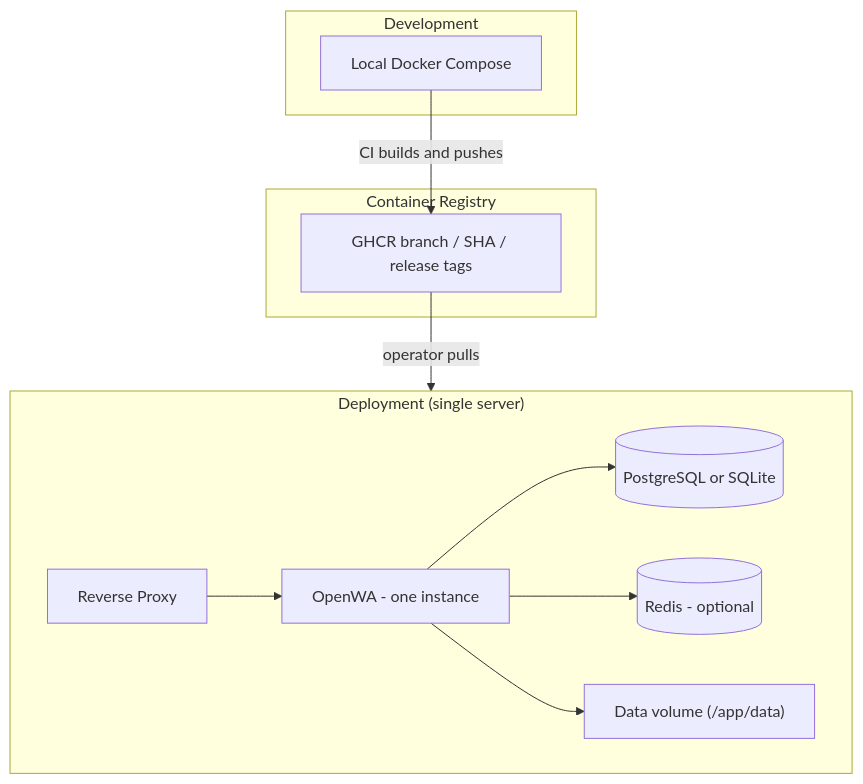
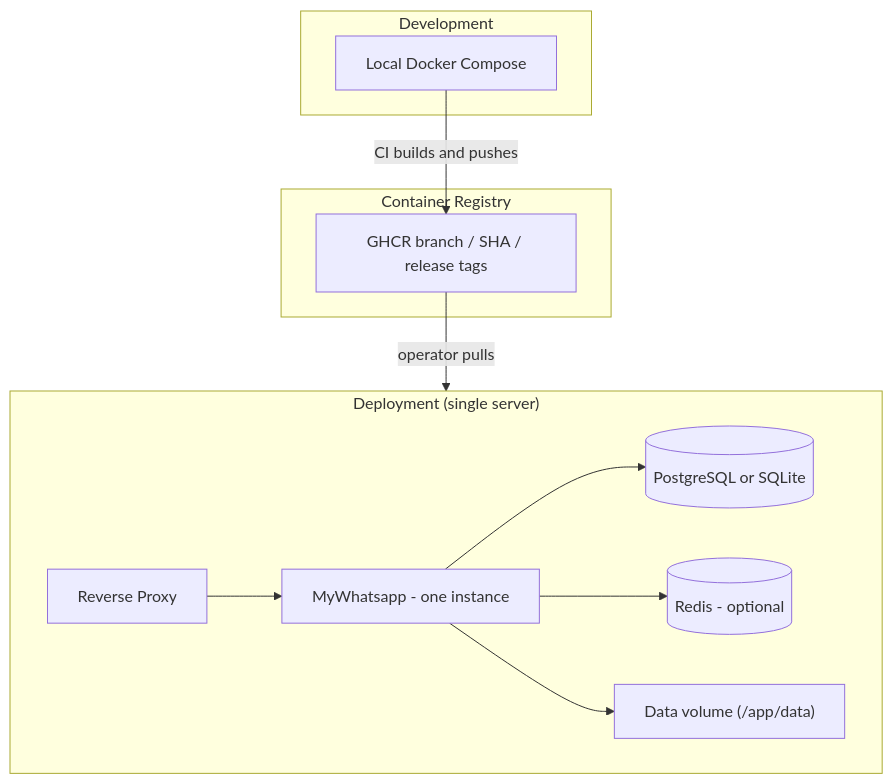
Before and after one commit to Myenum2412/whatsapptool: the first of 5 diagrams in docs/10-devops-infrastructure.md, drawn with Mermaid. The commit also changed other lines of this file and 874 other files, not shown here.

````diff
--- a/docs/10-devops-infrastructure.md
+++ b/docs/10-devops-infrastructure.md
@@ -16,21 +16,21 @@
 ```mermaid
 flowchart TB
     subgraph Development["Development"]
         DEV[Local Docker Compose]
     end
 
     subgraph Registry["Container Registry"]
         GHCR["GHCR branch / SHA / release tags"]
     end
 
     subgraph Deployment["Deployment (single server)"]
         PROXY[Reverse Proxy]
-        PROXY --> APP[OpenWA - one instance]
+        PROXY --> APP[MyWhatsapp - one instance]
         APP --> DB[(PostgreSQL or SQLite)]
         APP --> REDIS[(Redis - optional)]
         APP --> VOL["Data volume (/app/data)"]
     end
 
     DEV --> |CI builds and pushes| GHCR
     GHCR --> |operator pulls| Deployment
 ```
````
